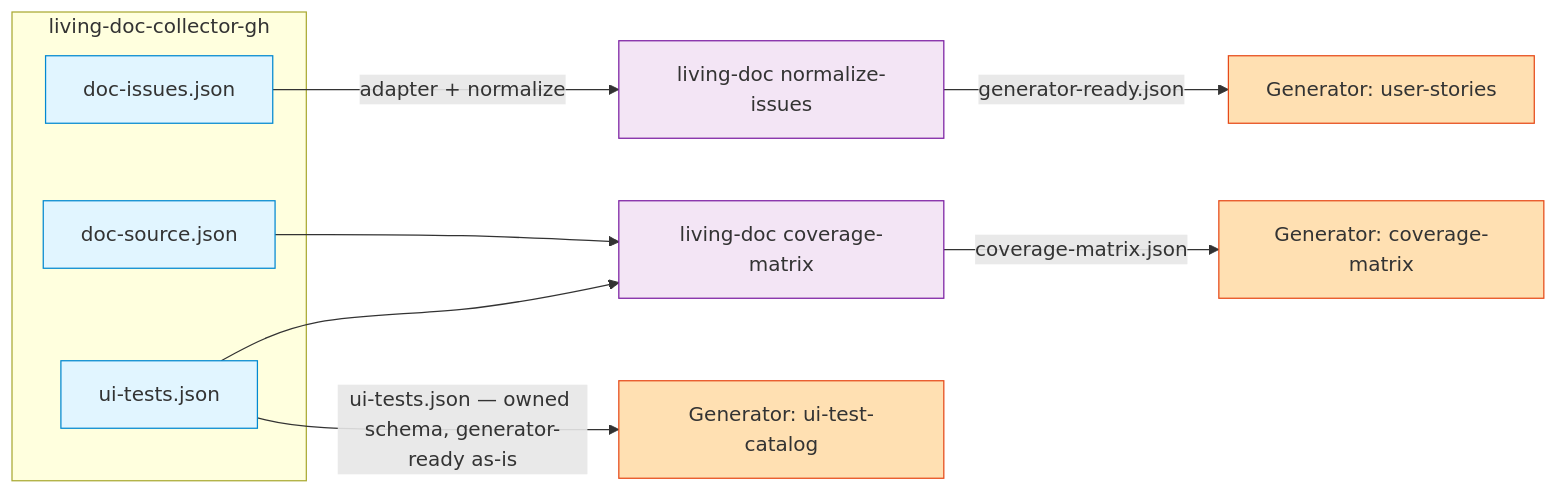
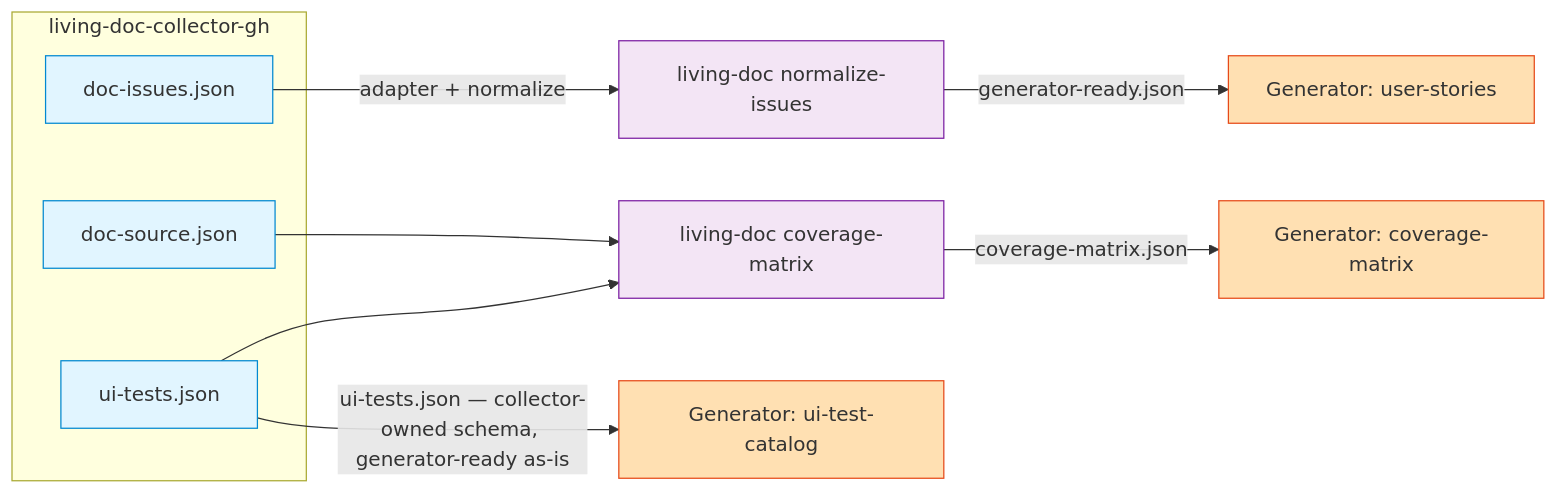
One commit to AbsaOSS/living-doc-toolkit changed the first of 11 diagrams in docs/architecture.md. Above: the diagram before and after it, drawn with Mermaid. The commit also changed 1 other file, not shown here.

Commit message:
Clarify ownership of `ui-tests.json` schema and update related documentation

````diff
--- a/docs/architecture.md
+++ b/docs/architecture.md
@@ -36,26 +36,26 @@
 ```mermaid
 graph LR
     subgraph Collector["living-doc-collector-gh"]
         DI[doc-issues.json]
         DS[doc-source.json]
         UT[ui-tests.json]
     end
 
     DI -->|adapter + normalize| NI[living-doc normalize-issues]
     NI -->|generator-ready.json| G1[Generator: user-stories]
 
     DS --> CM[living-doc coverage-matrix]
     UT --> CM
     CM -->|coverage-matrix.json| G2[Generator: coverage-matrix]
 
-    UT -->|ui-tests.json — owned schema, generator-ready as-is| G3[Generator: ui-test-catalog]
+    UT -->|ui-tests.json — collector-owned schema, generator-ready as-is| G3[Generator: ui-test-catalog]
 
     style DI fill:#e1f5ff,stroke:#0288d1
     style DS fill:#e1f5ff,stroke:#0288d1
     style UT fill:#e1f5ff,stroke:#0288d1
     style NI fill:#f3e5f5,stroke:#7b1fa2
     style CM fill:#f3e5f5,stroke:#7b1fa2
     style G1 fill:#ffe0b2,stroke:#e64a19
     style G2 fill:#ffe0b2,stroke:#e64a19
     style G3 fill:#ffe0b2,stroke:#e64a19
 ```
````
